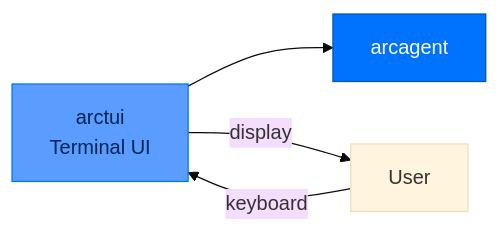
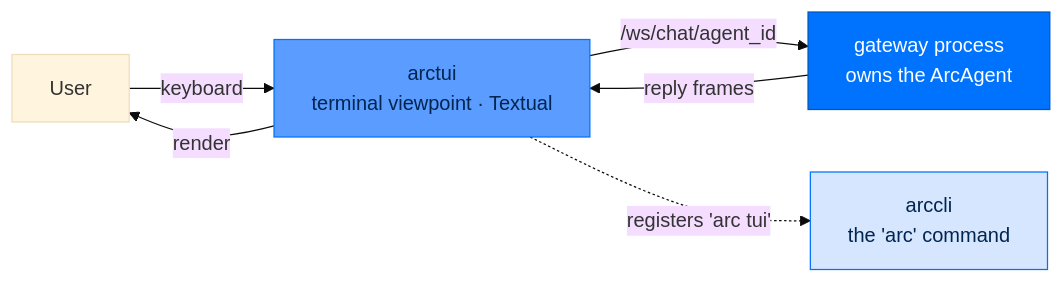
One commit to joshuamschultz/Arc changed the first of 2 diagrams in docs/building/packages/arctui.md. Above: the diagram before and after it, drawn with Mermaid (base theme). The commit also changed other lines of this file and 13 other files, not shown here.

````diff
--- a/docs/building/packages/arctui.md
+++ b/docs/building/packages/arctui.md
@@ -17,10 +26,12 @@
 ```mermaid
 flowchart LR
     classDef tui fill:#5A9CFF,stroke:#0073FE,color:#002550
-    classDef agent fill:#0073FE,stroke:#0055BC,color:#FFFFFF
+    classDef gw fill:#0073FE,stroke:#0055BC,color:#FFFFFF
+    classDef cli fill:#D6E6FF,stroke:#0073FE,color:#002550
 
-    arctui[arctui<br/>Terminal UI]:::tui --> arcagent[arcagent]:::agent
-    
-    User -->|keyboard| arctui
-    arctui -->|display| User
+    User -->|keyboard| arctui[arctui<br/>terminal viewpoint · Textual]:::tui
+    arctui -->|/ws/chat/agent_id| gateway[gateway process<br/>owns the ArcAgent]:::gw
+    arctui -.->|registers 'arc tui'| arccli[arccli<br/>the 'arc' command]:::cli
+    gateway -->|reply frames| arctui
+    arctui -->|render| User
 ```
````
